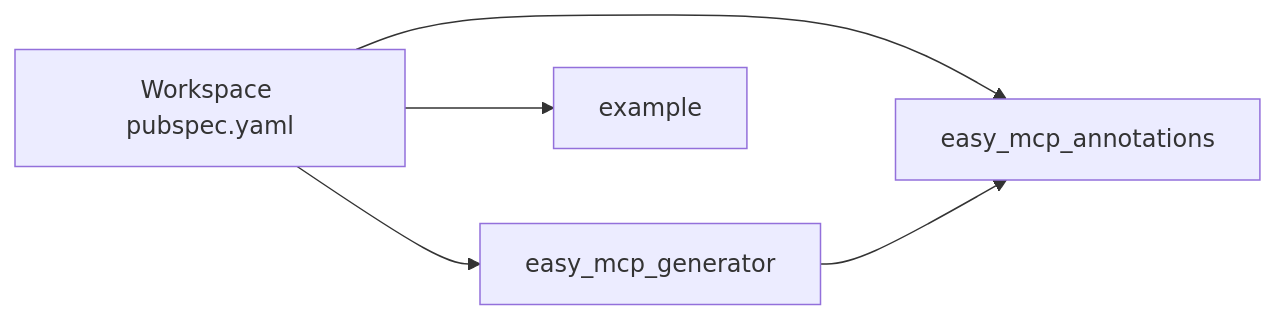
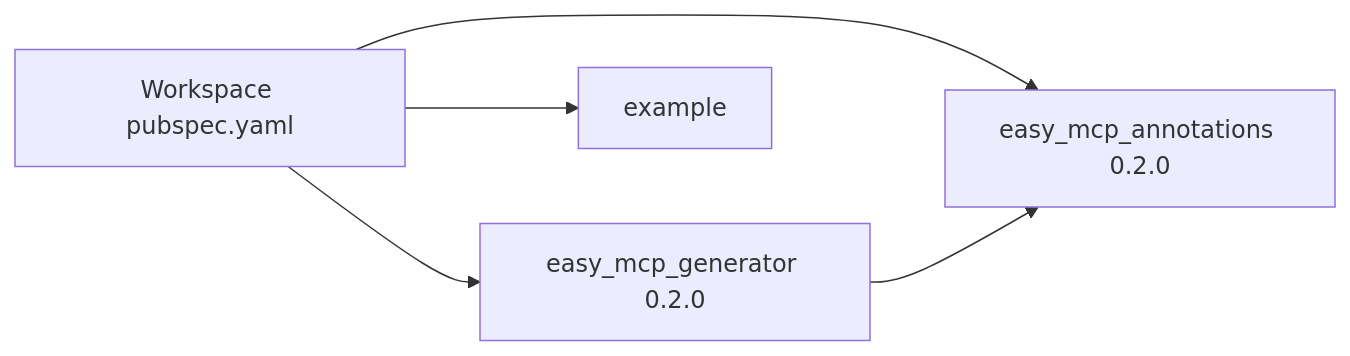
The sixth of 9 diagrams in .qoder/repowiki/en/content/Development Guide.md (cdavis-code/easy_mcp_workspace), drawn with Mermaid before and after one commit. The commit also changed other lines of this file and 4 other files, not shown here.

````diff
--- a/.qoder/repowiki/en/content/Development Guide.md
+++ b/.qoder/repowiki/en/content/Development Guide.md
@@ -210,11 +236,11 @@
 ```mermaid
 graph LR
 WS["Workspace pubspec.yaml"]
-AN["easy_mcp_annotations"]
-EG["easy_mcp_generator"]
+AN["easy_mcp_annotations 0.2.0"]
+EG["easy_mcp_generator 0.2.0"]
 EX["example"]
 WS --> AN
 WS --> EG
 WS --> EX
 EG --> AN
 ```
````
